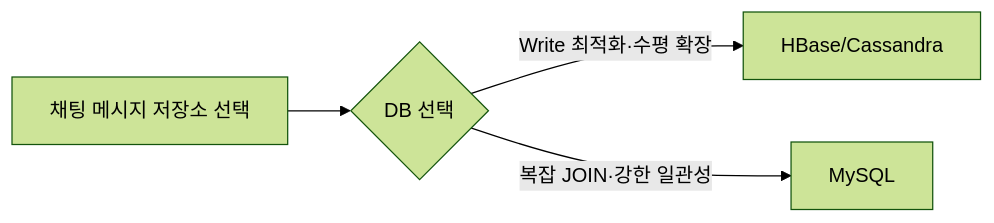
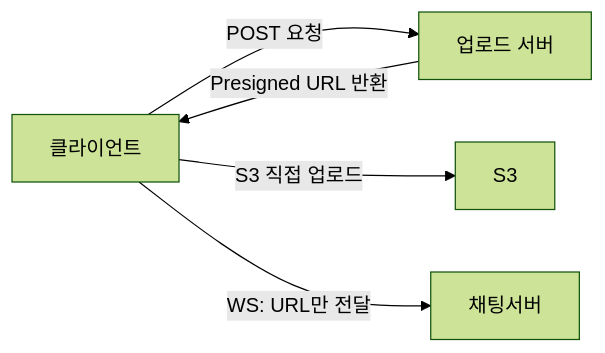
One commit to yjkim2015/yjkim2015.github.io changed the seventh of 7 diagrams in _posts/systemdesign/2026-05-02-system-design-chat.md. Above: the diagram before and after it, drawn with Mermaid (forest theme). The commit also changed other lines of this file and 4 other files, not shown here.

````diff
--- a/_posts/systemdesign/2026-05-02-system-design-chat.md
+++ b/_posts/systemdesign/2026-05-02-system-design-chat.md
@@ -491,6 +980,7 @@
 ```mermaid
 graph LR
-    A["채팅 메시지 저장소 선택"] --> B{"DB 선택"}
-    B -->|"Write 최적화·수평 확장"| C["HBase/Cassandra"]
-    B -->|"복잡 JOIN·강한 일관성"| D["MySQL"]
+    A["클라이언트"] -->|"POST 요청"| Upload["업로드 서버"]
+    Upload -->|"Presigned URL 반환"| A
+    A -->|"S3 직접 업로드"| S3["S3"]
+    A -->|"WS: URL만 전달"| CS["채팅서버"]
 ```
````
